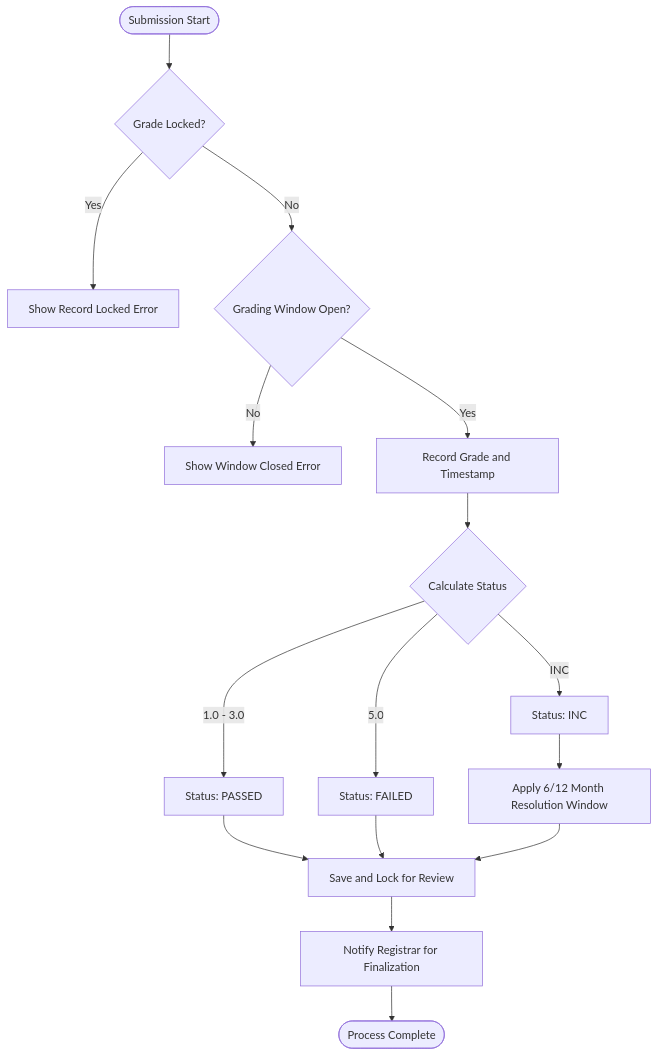
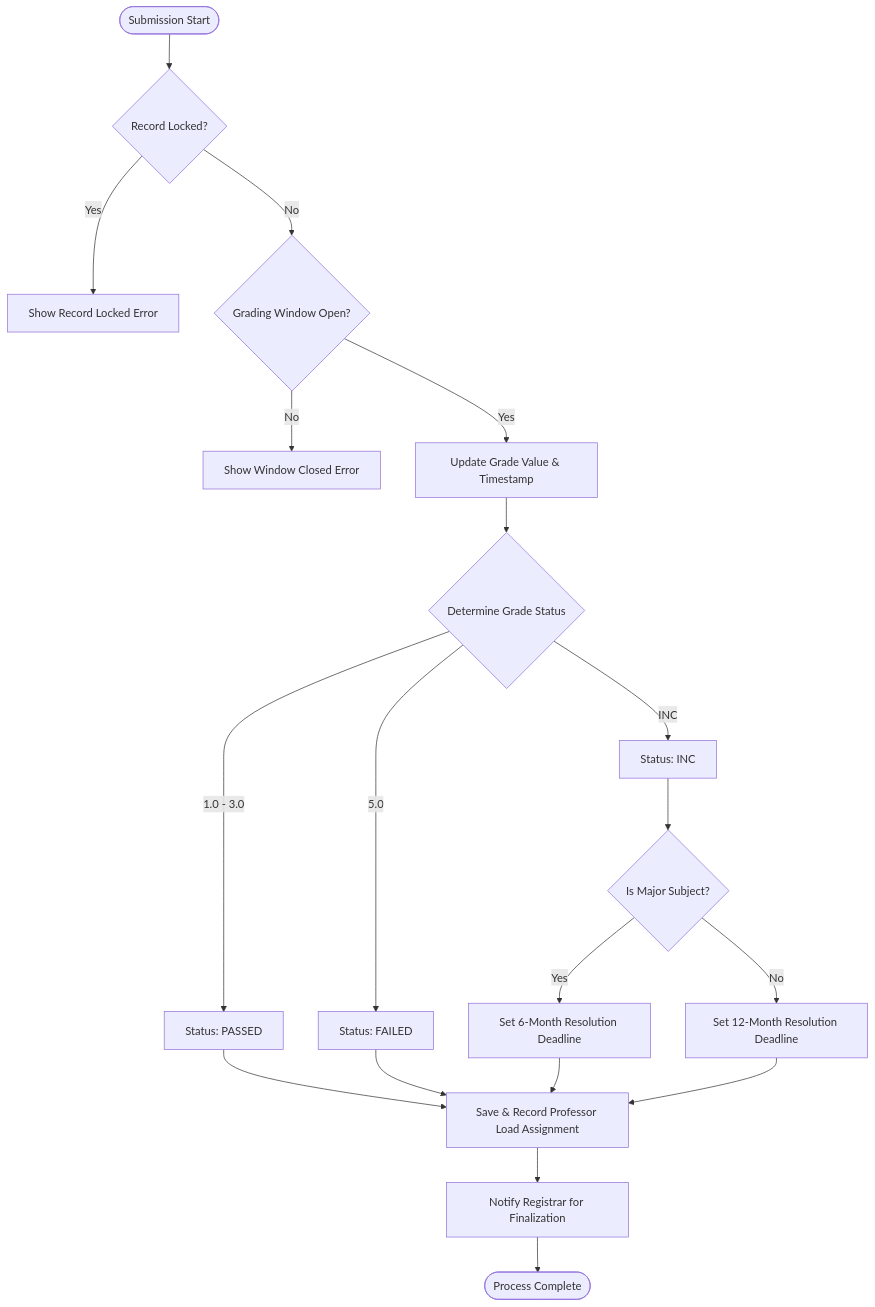
The diagram in docs/flowcharts/submit-final-grade.md (property360-2/richwell-potal), drawn with Mermaid before and after one commit. The commit also changed other lines of this file and 9 other files, not shown here.

Commit message:
pinagsama ko yung ibang mga flowcharts

````diff
--- a/docs/flowcharts/submit-final-grade.md
+++ b/docs/flowcharts/submit-final-grade.md
@@ -5,23 +5,26 @@
 ```mermaid
 graph TD
-    Start([Submission Start]) --> Finalized{Grade Locked?}
+    Start([Submission Start]) --> Finalized{Record Locked?}
     Finalized -- "Yes" --> LockError[Show Record Locked Error]
     Finalized -- "No" --> WindowCheck{Grading Window Open?}
     
     WindowCheck -- "No" --> WindowError[Show Window Closed Error]
-    WindowCheck -- "Yes" --> UpdateRecord[Record Grade and Timestamp]
+    WindowCheck -- "Yes" --> UpdateRecord[Update Grade Value & Timestamp]
     
-    UpdateRecord --> GradingScale{Calculate Status}
-    GradingScale -- "1.0 - 3.0" --> Passed[Status: PASSED]
-    GradingScale -- "5.0" --> Failed[Status: FAILED]
-    GradingScale -- "INC" --> Incomplete[Status: INC]
+    UpdateRecord --> StatusLogic{Determine Grade Status}
+    StatusLogic -- "1.0 - 3.0" --> Passed[Status: PASSED]
+    StatusLogic -- "5.0" --> Failed[Status: FAILED]
+    StatusLogic -- "INC" --> Incomplete[Status: INC]
     
-    Incomplete --> CalcDeadline[Apply 6/12 Month Resolution Window]
+    Incomplete --> SubjectCheck{Is Major Subject?}
+    SubjectCheck -- "Yes" --> MajorDeadline[Set 6-Month Resolution Deadline]
+    SubjectCheck -- "No" --> MinorDeadline[Set 12-Month Resolution Deadline]
     
-    Passed --> Save[Save and Lock for Review]
+    Passed --> Save[Save & Record Professor Load Assignment]
     Failed --> Save
-    CalcDeadline --> Save
+    MajorDeadline --> Save
+    MinorDeadline --> Save
     
     Save --> Notify[Notify Registrar for Finalization]
     Notify --> End([Process Complete])
 ```
````
